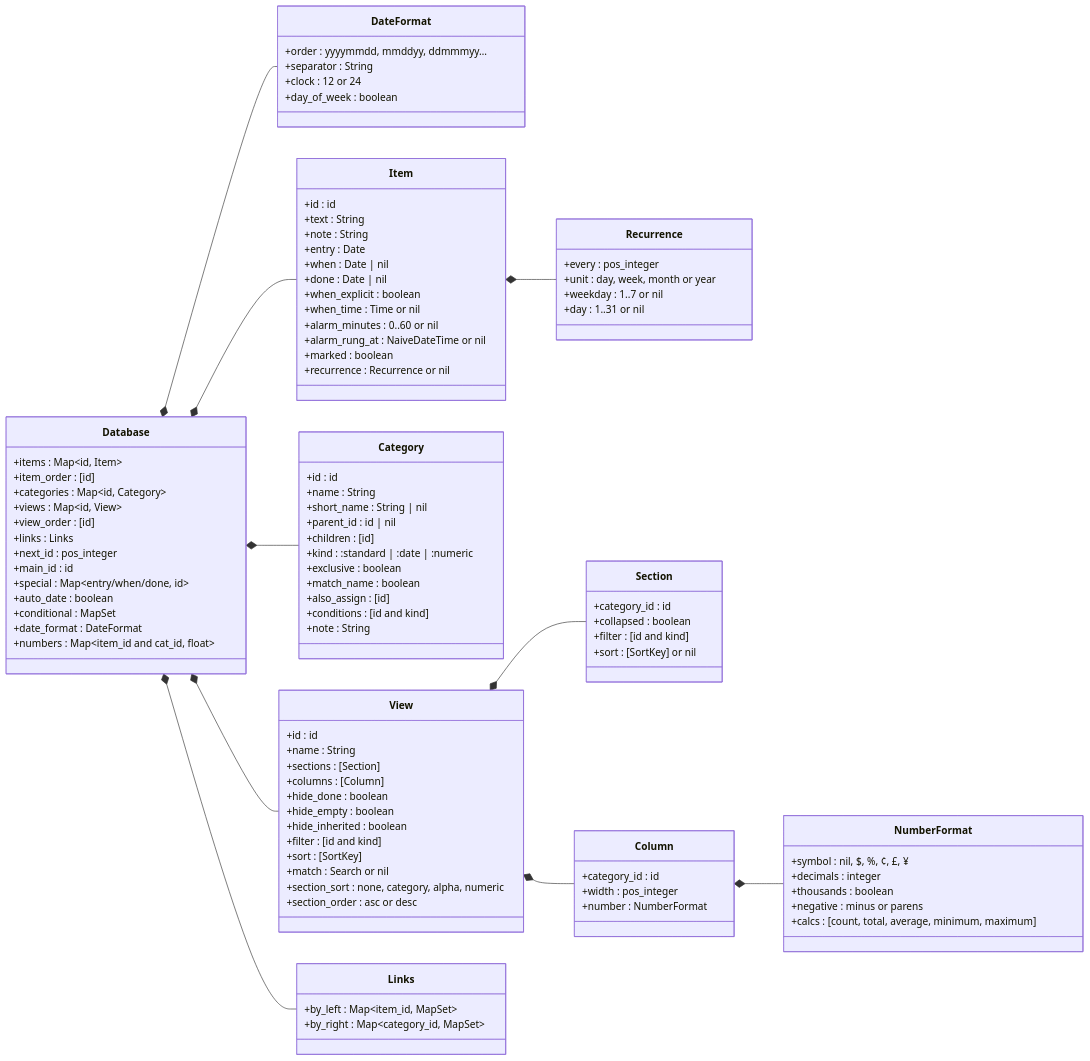
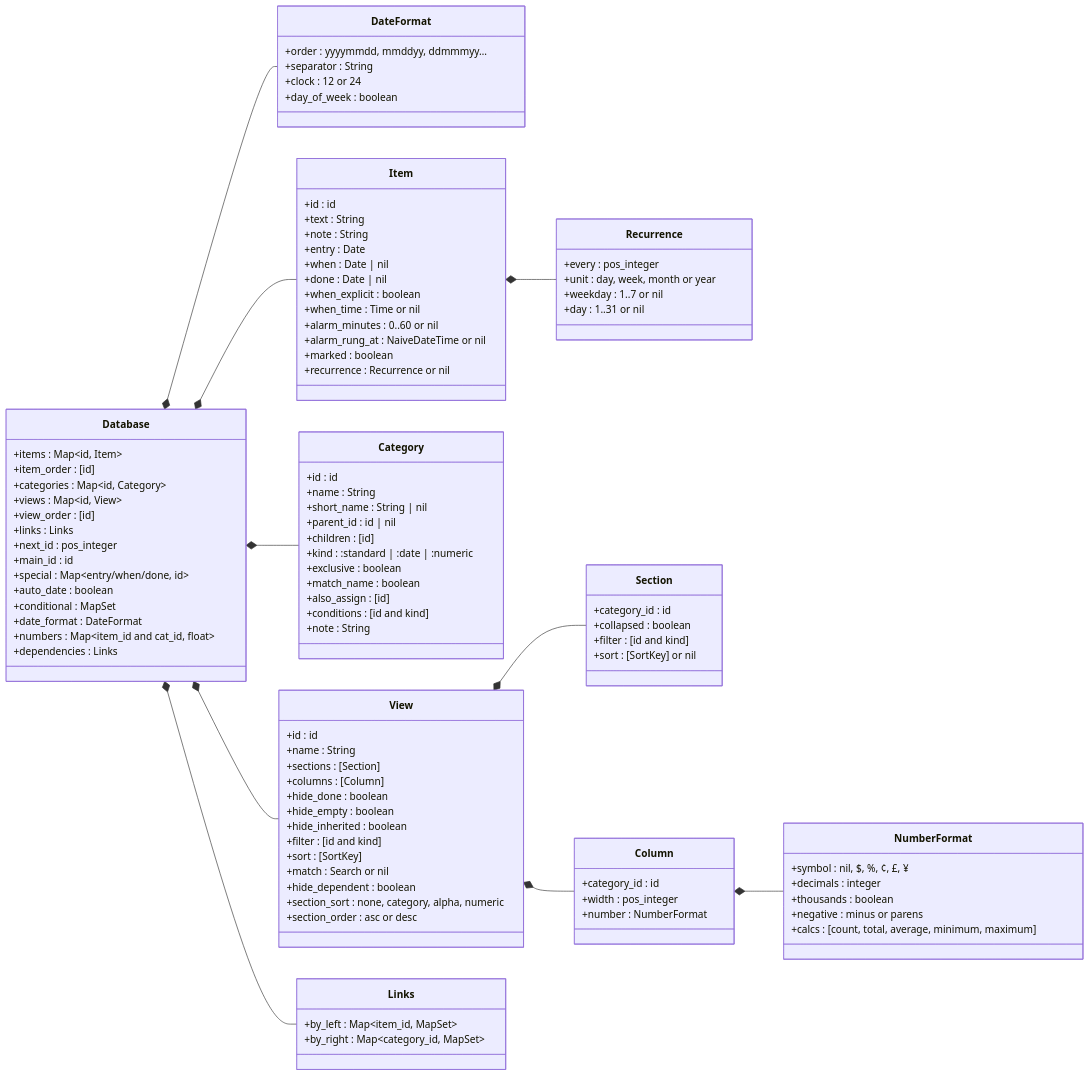
The second of 6 diagrams in docs/DATA_MODEL.md (jamting/agendum), drawn with Mermaid before and after one commit. The commit also changed other lines of this file and 17 other files, not shown here.

```diff
--- a/docs/DATA_MODEL.md
+++ b/docs/DATA_MODEL.md
@@ -113,6 +115,7 @@
         +conditional : MapSet
         +date_format : DateFormat
         +numbers : Map~item_id and cat_id, float~
+        +dependencies : Links
     }
     class DateFormat {
         +order : yyyymmdd, mmddyy, ddmmmyy…
@@ -164,6 +167,7 @@
         +filter : [id and kind]
         +sort : [SortKey]
         +match : Search or nil
+        +hide_dependent : boolean
         +section_sort : none, category, alpha, numeric
         +section_order : asc or desc
     }
```
